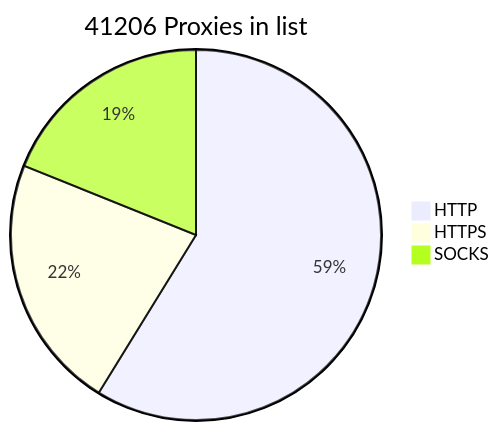
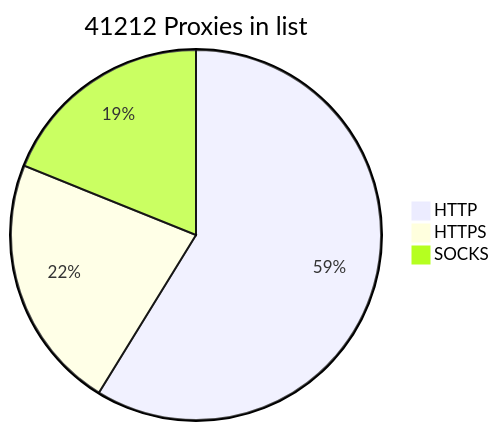
One commit to BlackSnowDot/proxylist-update-every-minute changed the diagram in README.md. Above: the diagram before and after it, drawn with Mermaid.

````diff
--- a/README.md
+++ b/README.md
@@ -2,6 +2,6 @@
 ```mermaid
-pie title 41206 Proxies in list
+pie title 41212 Proxies in list
     "HTTP" : 28420
-    "HTTPS": 10785
+    "HTTPS": 10791
     "SOCKS" : 9137
 ```
````
